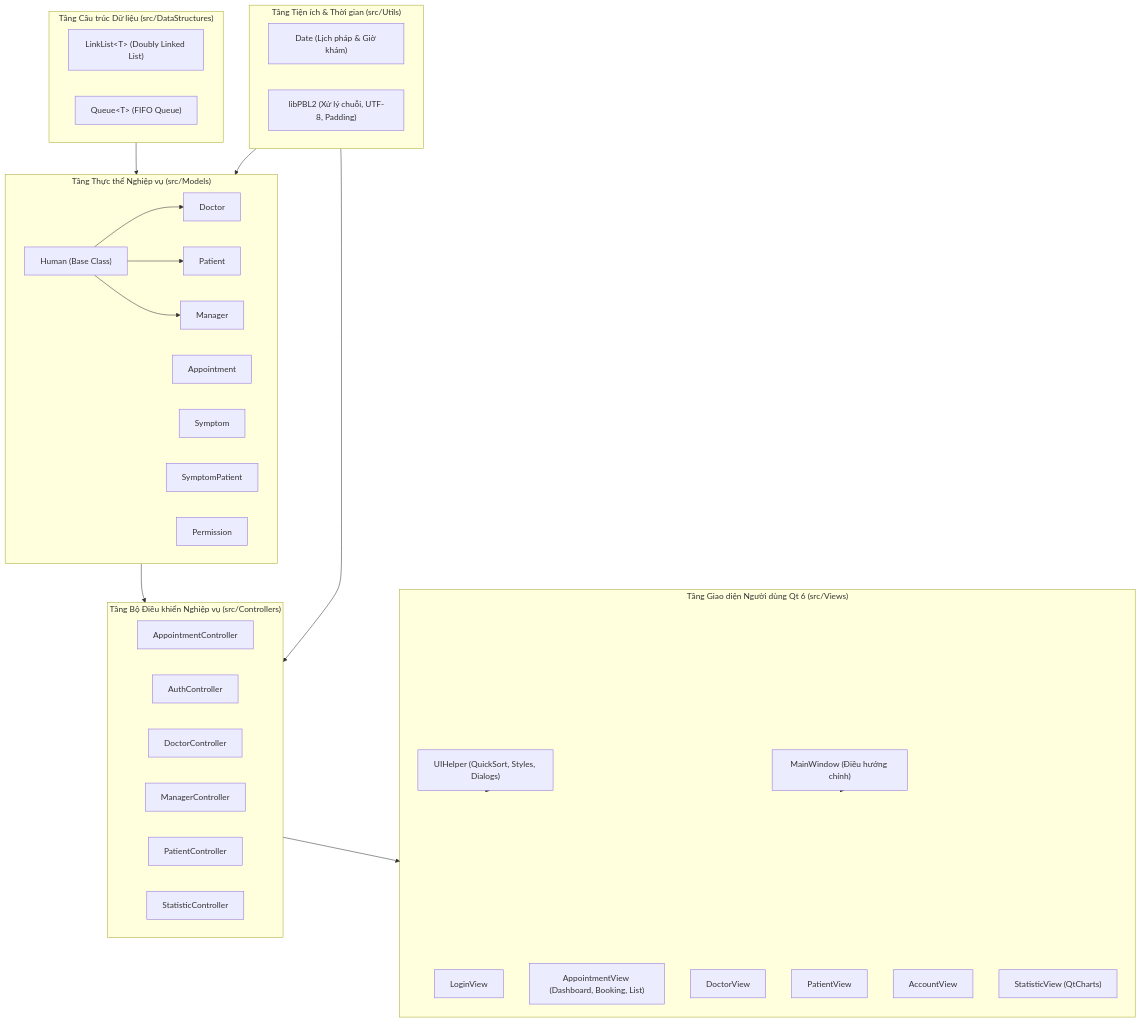
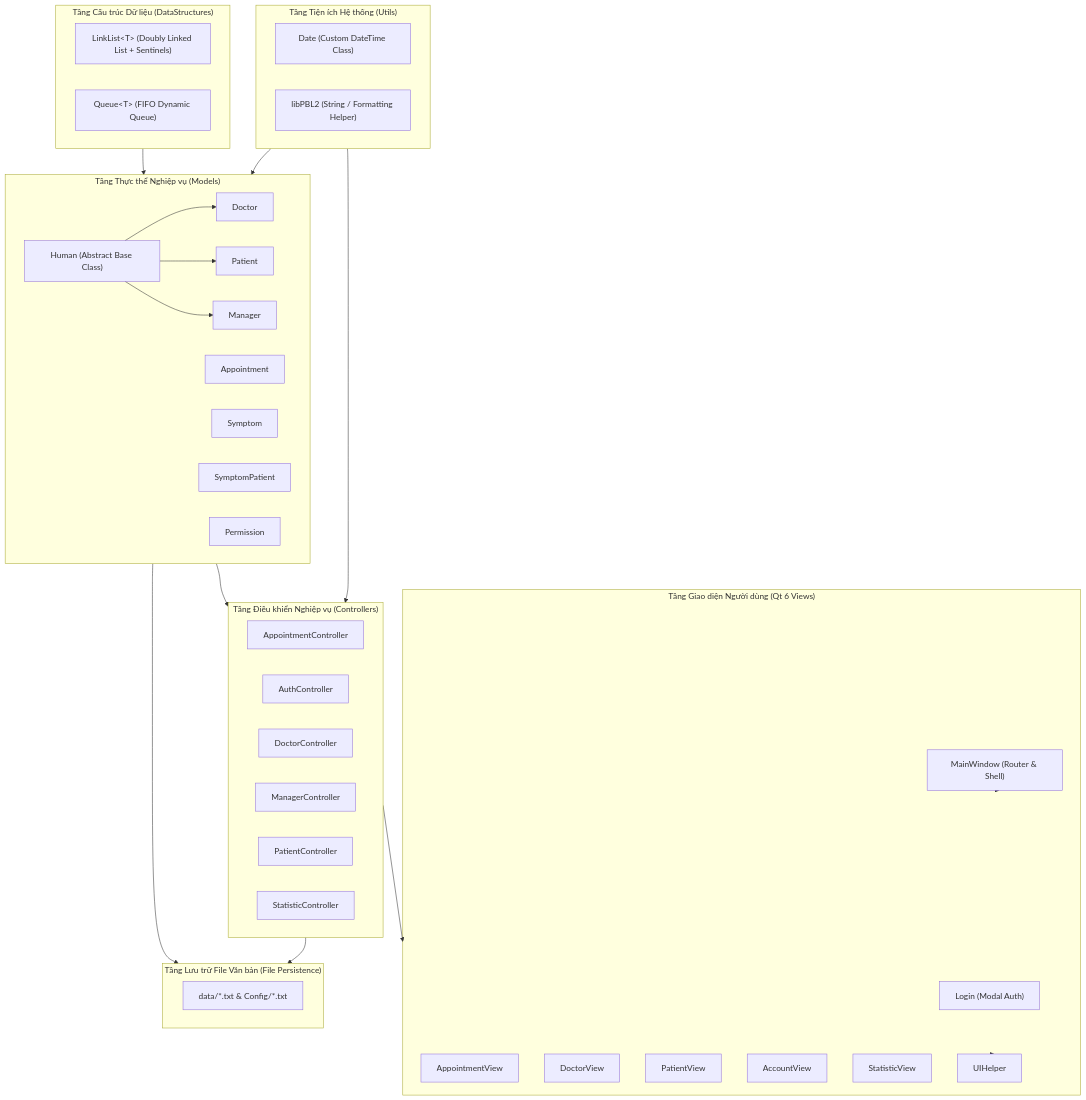
Before and after one commit to LeHuuHoang-26/PBL_2: the first of 3 diagrams in funtionAlgorithms.md, drawn with Mermaid. The commit also changed other lines of this file and 52 other files, not shown here.

````diff
--- a/funtionAlgorithms.md
+++ b/funtionAlgorithms.md
@@ -48,54 +61,60 @@
 ```mermaid
 graph TD
-    subgraph DataStructures["Tầng Cấu trúc Dữ liệu (src/DataStructures)"]
-        LL["LinkList&lt;T&gt; (Doubly Linked List)"]
-        Q["Queue&lt;T&gt; (FIFO Queue)"]
+    subgraph Layer_DS["Tầng Cấu trúc Dữ liệu (DataStructures)"]
+        LL["LinkList&lt;T&gt; (Doubly Linked List + Sentinels)"]
+        Q["Queue&lt;T&gt; (FIFO Dynamic Queue)"]
     end
 
-    subgraph Utils["Tầng Tiện ích & Thời gian (src/Utils)"]
-        DT["Date (Lịch pháp & Giờ khám)"]
-        LP["libPBL2 (Xử lý chuỗi, UTF-8, Padding)"]
-    end
-
-    subgraph Models["Tầng Thực thể Nghiệp vụ (src/Models)"]
-        H["Human (Base Class)"]
+    subgraph Layer_Models["Tầng Thực thể Nghiệp vụ (Models)"]
+        H["Human (Abstract Base Class)"]
         D["Doctor"]
         P["Patient"]
         M["Manager"]
         A["Appointment"]
         S["Symptom"]
         SP["SymptomPatient"]
         PM["Permission"]
     end
 
-    subgraph Controllers["Tầng Bộ Điều khiển Nghiệp vụ (src/Controllers)"]
+    subgraph Layer_Controllers["Tầng Điều khiển Nghiệp vụ (Controllers)"]
         AC["AppointmentController"]
         AUC["AuthController"]
         DC["DoctorController"]
         MC["ManagerController"]
         PC["PatientController"]
         SC["StatisticController"]
     end
 
-    subgraph Views["Tầng Giao diện Người dùng Qt 6 (src/Views)"]
-        UH["UIHelper (QuickSort, Styles, Dialogs)"]
-        MW["MainWindow (Điều hướng chính)"]
-        LV["LoginView"]
-        AV["AppointmentView (Dashboard, Booking, List)"]
+    subgraph Layer_Views["Tầng Giao diện Người dùng (Qt 6 Views)"]
+        MW["MainWindow (Router & Shell)"]
+        LV["Login (Modal Auth)"]
+        AV["AppointmentView"]
         DV["DoctorView"]
         PV["PatientView"]
         AcV["AccountView"]
-        SV["StatisticView (QtCharts)"]
+        SV["StatisticView"]
+        UIH["UIHelper"]
+    end
+
+    subgraph Layer_Utils["Tầng Tiện ích Hệ thống (Utils)"]
+        DT["Date (Custom DateTime Class)"]
+        LP["libPBL2 (String / Formatting Helper)"]
+    end
+
+    subgraph Layer_Storage["Tầng Lưu trữ File Văn bản (File Persistence)"]
+        DATA["data/*.txt & Config/*.txt"]
     end
 
     H --> D
     H --> P
     H --> M
-    DataStructures --> Models
-    Utils --> Models
-    Models --> Controllers
-    Utils --> Controllers
-    Controllers --> Views
-    UH --> Views
-    MW --> Views
+    Layer_DS --> Layer_Models
+    Layer_Models --> Layer_Controllers
+    Layer_Utils --> Layer_Models
+    Layer_Utils --> Layer_Controllers
+    Layer_Controllers --> Layer_Views
+    Layer_Views --> UIH
+    MW --> Layer_Views
+    Layer_Models --> Layer_Storage
+    Layer_Controllers --> Layer_Storage
 ```
````
